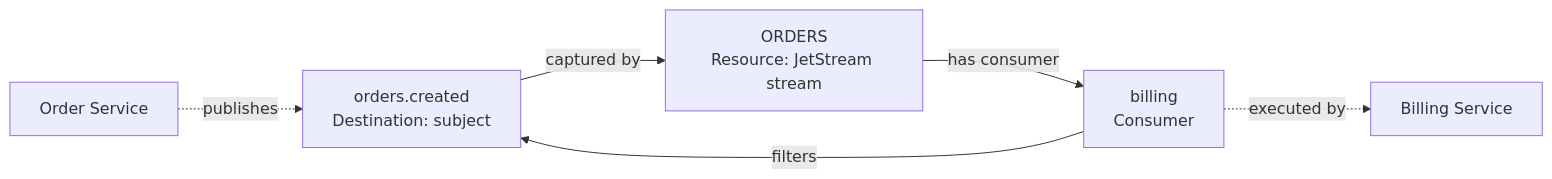
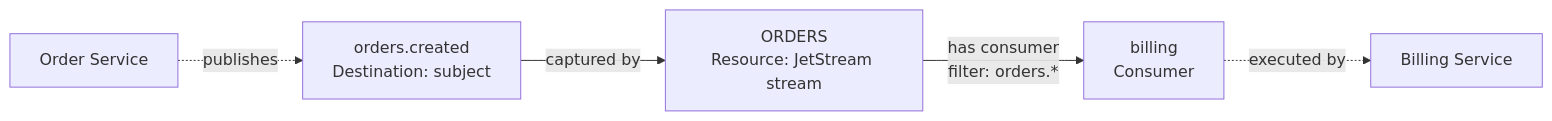
Before and after one commit to lucacox/eventatlas-docs: the second of 4 diagrams in architecture/domain-model.md, drawn with Mermaid. The commit also changed other lines of this file and 1 other file, not shown here.

Commit message:
docs: define consumer selector binding semantics

````diff
--- a/architecture/domain-model.md
+++ b/architecture/domain-model.md
@@ -565,14 +580,13 @@
 ```mermaid
 flowchart LR
     orders[Order Service]
     subject[orders.created<br/>Destination: subject]
     stream[ORDERS<br/>Resource: JetStream stream]
     consumer[billing<br/>Consumer]
     billing[Billing Service]
 
     orders -. publishes .-> subject
     subject -->|captured by| stream
-    stream -->|has consumer| consumer
-    consumer -->|filters| subject
+    stream -->|has consumer<br/>filter: orders.*| consumer
     consumer -. executed by .-> billing
 ```
````
